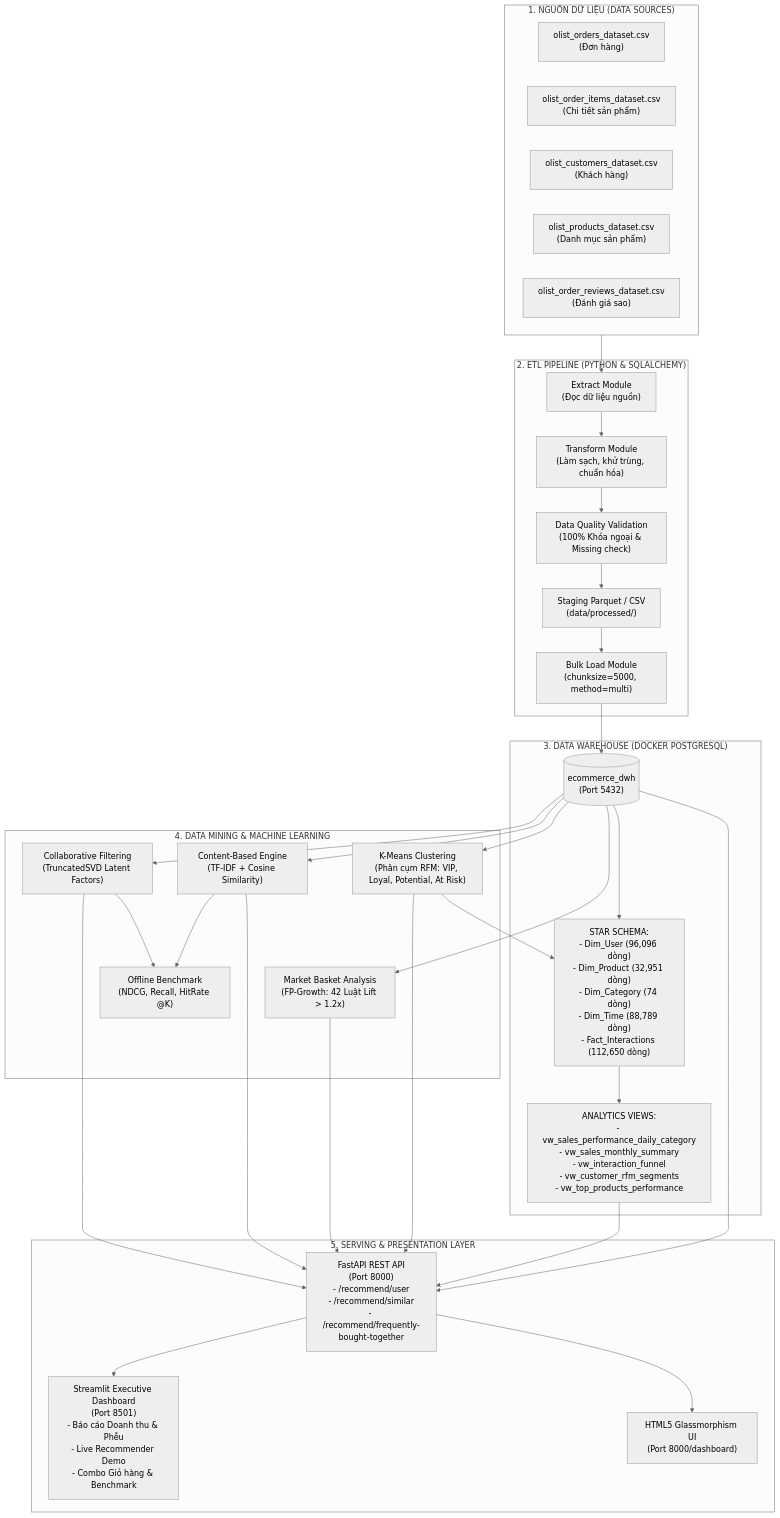
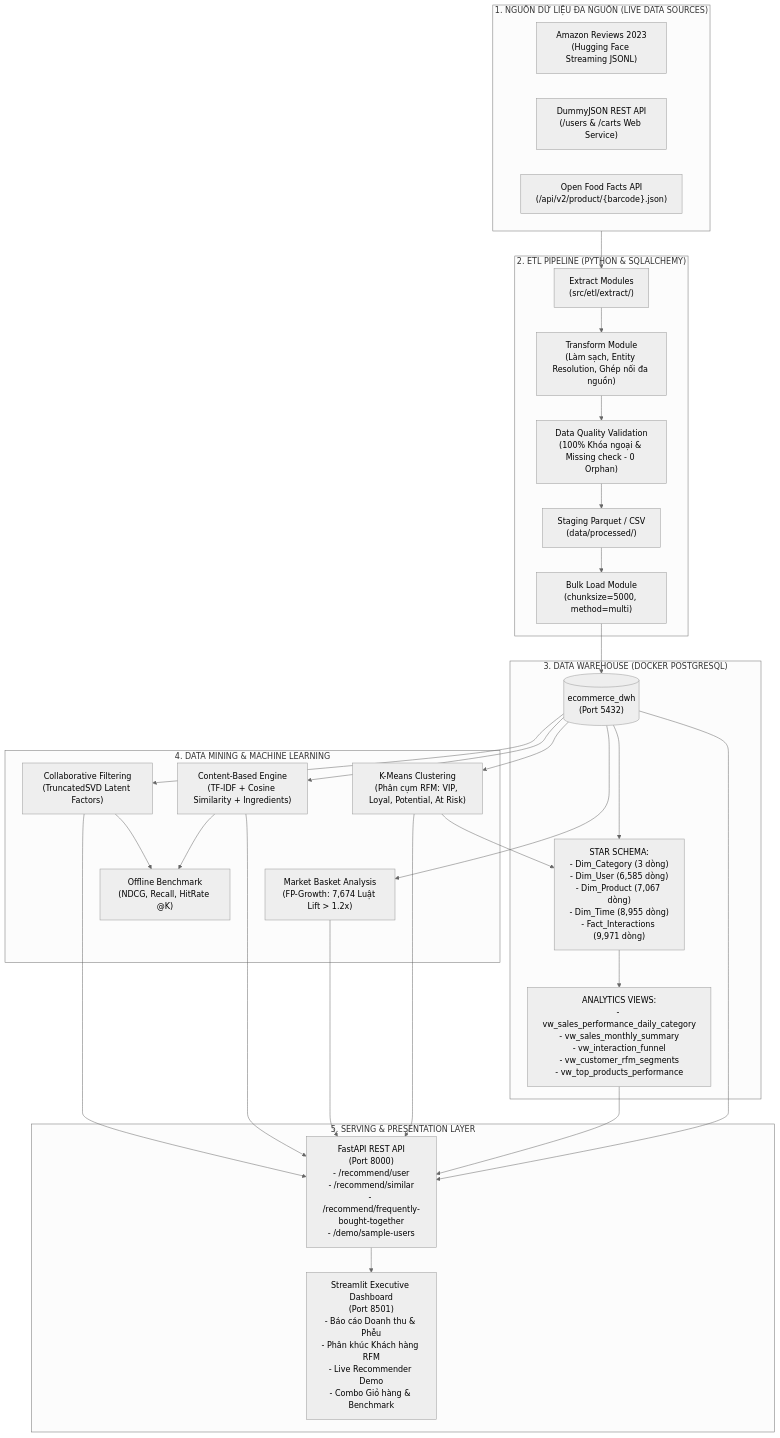
The first of 2 diagrams in README.md (TRANQUANGMINH3011/DataMining-Project), drawn with Mermaid (neutral theme) before and after one commit. The commit also changed other lines of this file and 55 other files, not shown here.

````diff
--- a/README.md
+++ b/README.md
@@ -28,49 +31,45 @@
 ```mermaid
 flowchart TD
-    subgraph S1["1. NGUỒN DỮ LIỆU (DATA SOURCES)"]
-        RawOrders["olist_orders_dataset.csv\n(Đơn hàng)"]
-        RawItems["olist_order_items_dataset.csv\n(Chi tiết sản phẩm)"]
-        RawCustomers["olist_customers_dataset.csv\n(Khách hàng)"]
-        RawProducts["olist_products_dataset.csv\n(Danh mục sản phẩm)"]
-        RawReviews["olist_order_reviews_dataset.csv\n(Đánh giá sao)"]
+    subgraph S1["1. NGUỒN DỮ LIỆU ĐA NGUỒN (LIVE DATA SOURCES)"]
+        RawAmazon["Amazon Reviews 2023\n(Hugging Face Streaming JSONL)"]
+        RawDummyJSON["DummyJSON REST API\n(/users & /carts Web Service)"]
+        RawOpenFoodFacts["Open Food Facts API\n(/api/v2/product/{barcode}.json)"]
     end
 
     subgraph S2["2. ETL PIPELINE (PYTHON & SQLALCHEMY)"]
-        Extract["Extract Module\n(Đọc dữ liệu nguồn)"]
-        Transform["Transform Module\n(Làm sạch, khử trùng, chuẩn hóa)"]
-        Validate["Data Quality Validation\n(100% Khóa ngoại & Missing check)"]
+        Extract["Extract Modules\n(src/etl/extract/)"]
+        Transform["Transform Module\n(Làm sạch, Entity Resolution, Ghép nối đa nguồn)"]
+        Validate["Data Quality Validation\n(100% Khóa ngoại & Missing check - 0 Orphan)"]
         Staging["Staging Parquet / CSV\n(data/processed/)"]
         Load["Bulk Load Module\n(chunksize=5000, method=multi)"]
     end
 
     subgraph S3["3. DATA WAREHOUSE (DOCKER POSTGRESQL)"]
         DWH_DB[("ecommerce_dwh\n(Port 5432)")]
-        StarSchema["STAR SCHEMA:\n- Dim_User (96,096 dòng)\n- Dim_Product (32,951 dòng)\n- Dim_Category (74 dòng)\n- Dim_Time (88,789 dòng)\n- Fact_Interactions (112,650 dòng)"]
+        StarSchema["STAR SCHEMA:\n- Dim_Category (3 dòng)\n- Dim_User (6,585 dòng)\n- Dim_Product (7,067 dòng)\n- Dim_Time (8,955 dòng)\n- Fact_Interactions (9,971 dòng)"]
         BI_Views["ANALYTICS VIEWS:\n- vw_sales_performance_daily_category\n- vw_sales_monthly_summary\n- vw_interaction_funnel\n- vw_customer_rfm_segments\n- vw_top_products_performance"]
     end
 
     subgraph S4["4. DATA MINING & MACHINE LEARNING"]
         RFM["K-Means Clustering\n(Phân cụm RFM: VIP, Loyal, Potential, At Risk)"]
-        FPGrowth["Market Basket Analysis\n(FP-Growth: 42 Luật Lift > 1.2x)"]
-        ContentBased["Content-Based Engine\n(TF-IDF + Cosine Similarity)"]
+        FPGrowth["Market Basket Analysis\n(FP-Growth: 7,674 Luật Lift > 1.2x)"]
+        ContentBased["Content-Based Engine\n(TF-IDF + Cosine Similarity + Ingredients)"]
         SVDModel["Collaborative Filtering\n(TruncatedSVD Latent Factors)"]
         OfflineEval["Offline Benchmark\n(NDCG, Recall, HitRate @K)"]
     end
 
     subgraph S5["5. SERVING & PRESENTATION LAYER"]
-        FastAPI["FastAPI REST API\n(Port 8000)\n- /recommend/user\n- /recommend/similar\n- /recommend/frequently-bought-together"]
-        StreamlitUI["Streamlit Executive Dashboard\n(Port 8501)\n- Báo cáo Doanh thu & Phễu\n- Live Recommender Demo\n- Combo Giỏ hàng & Benchmark"]
-        ExecUI["HTML5 Glassmorphism UI\n(Port 8000/dashboard)"]
+        FastAPI["FastAPI REST API\n(Port 8000)\n- /recommend/user\n- /recommend/similar\n- /recommend/frequently-bought-together\n- /demo/sample-users"]
+        StreamlitUI["Streamlit Executive Dashboard\n(Port 8501)\n- Báo cáo Doanh thu & Phễu\n- Phân khúc Khách hàng RFM\n- Live Recommender Demo\n- Combo Giỏ hàng & Benchmark"]
     end
 
     S1 --> Extract --> Transform --> Validate --> Staging --> Load --> DWH_DB
     DWH_DB --> StarSchema --> BI_Views
     DWH_DB --> RFM --> StarSchema
     DWH_DB --> FPGrowth
     DWH_DB --> ContentBased
     DWH_DB --> SVDModel
     ContentBased & SVDModel --> OfflineEval
     DWH_DB & BI_Views & RFM & FPGrowth & ContentBased & SVDModel --> FastAPI
     FastAPI --> StreamlitUI
-    FastAPI --> ExecUI
 ```
````
